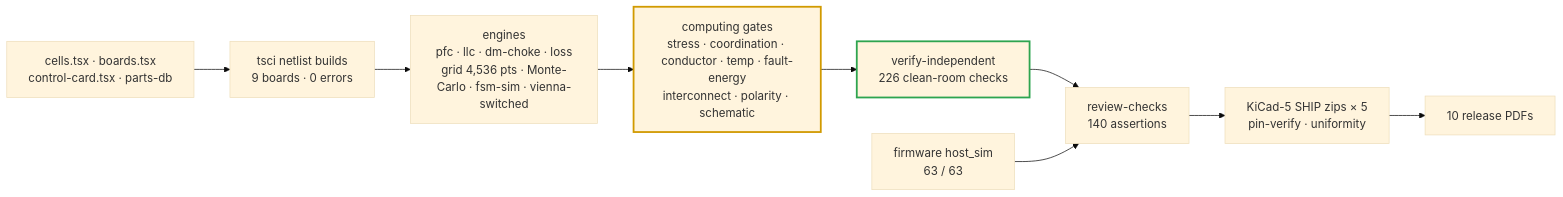
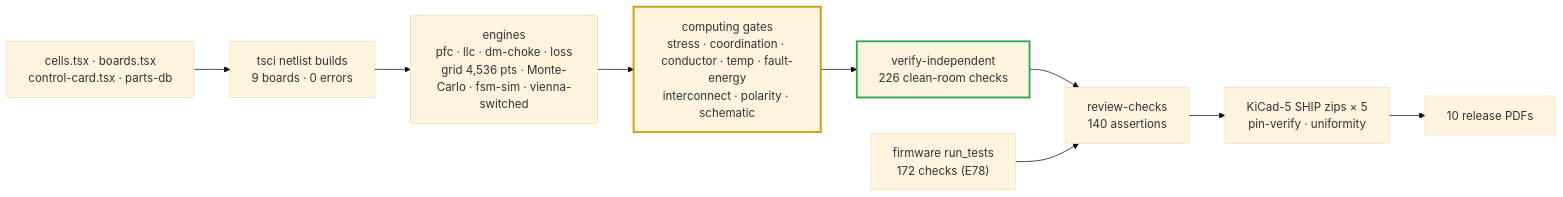
The diagram in docs/verification-matrix.md (vectivolt/DC-Modules), drawn with Mermaid (base theme) before and after one commit. The commit also changed other lines of this file and 81 other files, not shown here.

````diff
--- a/docs/verification-matrix.md
+++ b/docs/verification-matrix.md
@@ -43,13 +43,13 @@
 ```mermaid
 flowchart LR
   SRC["cells.tsx · boards.tsx<br/>control-card.tsx · parts-db"] --> BUILD["tsci netlist builds<br/>9 boards · 0 errors"]
   BUILD --> ENG["engines<br/>pfc · llc · dm-choke · loss<br/>grid 4,536 pts · Monte-Carlo · fsm-sim · vienna-switched"]
   ENG --> GATES["computing gates<br/>stress · coordination · conductor · temp · fault-energy<br/>interconnect · polarity · schematic"]
   GATES --> IND["verify-independent<br/>226 clean-room checks"]
   IND --> REV["review-checks<br/>140 assertions"]
   REV --> SHIP["KiCad-5 SHIP zips × 5<br/>pin-verify · uniformity"]
   SHIP --> PDF["10 release PDFs"]
-  FW["firmware host_sim<br/>63 / 63"] --> REV
+  FW["firmware run_tests<br/>172 checks (E78)"] --> REV
   style GATES stroke:#d19a00,stroke-width:2.5px
   style IND stroke:#2ea44f,stroke-width:2.5px
 ```
````
